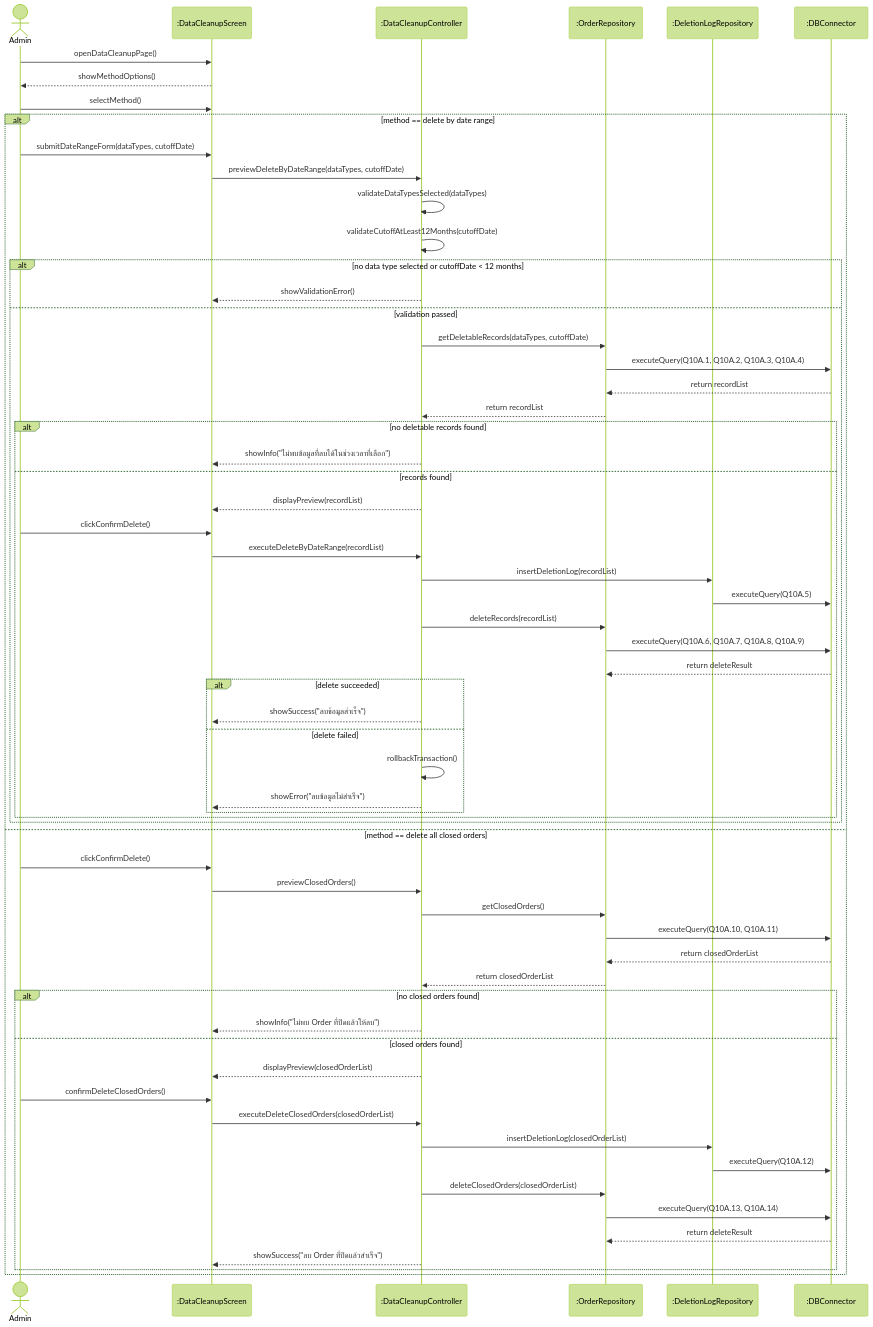
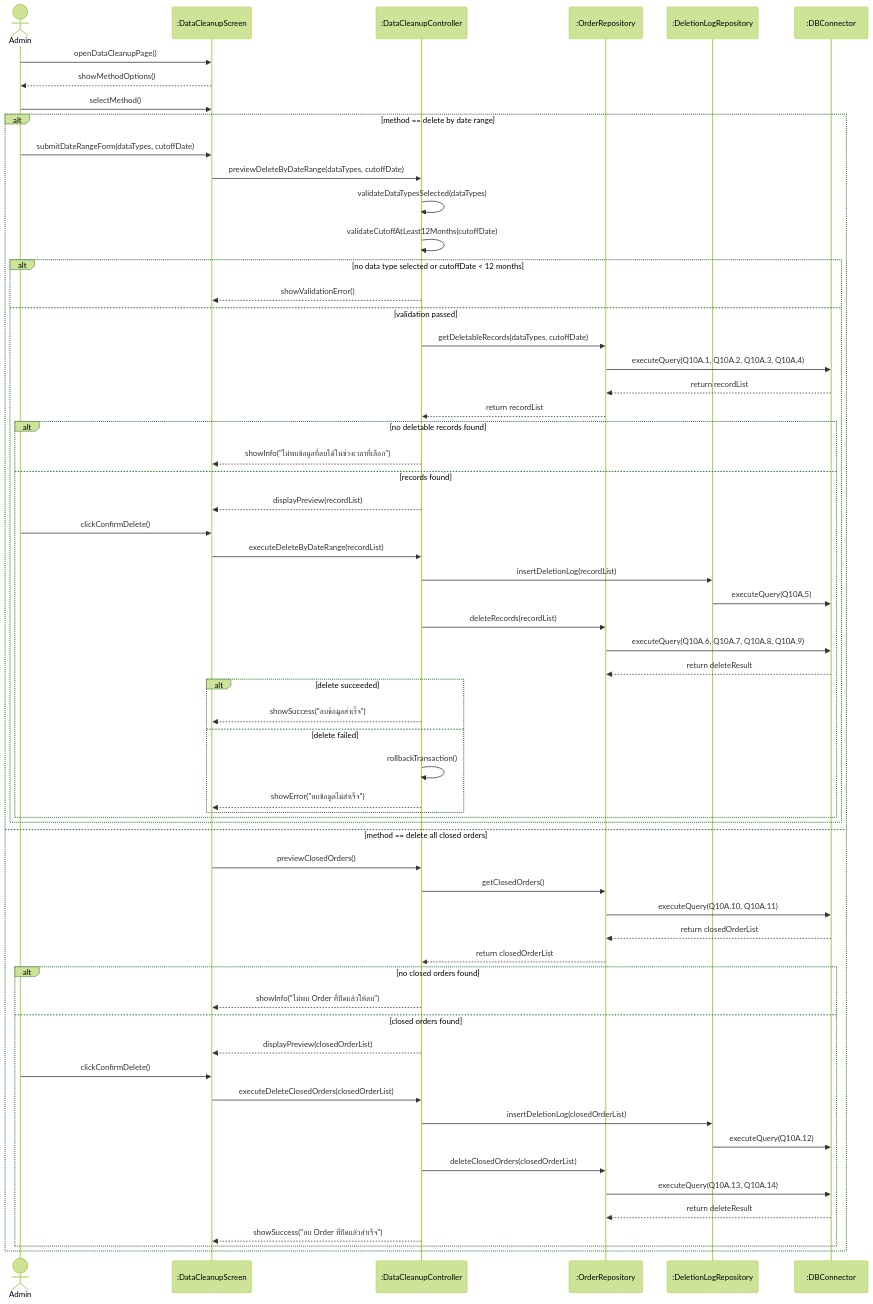
One commit to xbpkdi/321-sa-proj changed the diagram in 03-chapter2-use-case-descriptions/diagrams/mmd/10A-sequence.mmd. Above: the diagram before and after it, drawn with Mermaid (forest theme). The commit also changed 55 other files, not shown here.

Commit message:
docs: re-render sequence and collaboration diagrams at full size

```diff
--- a/03-chapter2-use-case-descriptions/diagrams/mmd/10A-sequence.mmd
+++ b/03-chapter2-use-case-descriptions/diagrams/mmd/10A-sequence.mmd
@@ -1,64 +1,63 @@
 sequenceDiagram
     actor Admin
     participant Screen as :DataCleanupScreen
     participant DCC as :DataCleanupController
     participant OrderRepo as :OrderRepository
     participant LogRepo as :DeletionLogRepository
     participant DB as :DBConnector
 
     Admin->>Screen: openDataCleanupPage()
     Screen-->>Admin: showMethodOptions()
     Admin->>Screen: selectMethod()
 
     alt method == delete by date range
         Admin->>Screen: submitDateRangeForm(dataTypes, cutoffDate)
         Screen->>DCC: previewDeleteByDateRange(dataTypes, cutoffDate)
         DCC->>DCC: validateDataTypesSelected(dataTypes)
         DCC->>DCC: validateCutoffAtLeast12Months(cutoffDate)
         alt no data type selected or cutoffDate < 12 months
             DCC-->>Screen: showValidationError()
         else validation passed
             DCC->>OrderRepo: getDeletableRecords(dataTypes, cutoffDate)
             OrderRepo->>DB: executeQuery(Q10A.1, Q10A.2, Q10A.3, Q10A.4)
             DB-->>OrderRepo: return recordList
             OrderRepo-->>DCC: return recordList
             alt no deletable records found
                 DCC-->>Screen: showInfo("ไม่พบข้อมูลที่ลบได้ในช่วงเวลาที่เลือก")
             else records found
                 DCC-->>Screen: displayPreview(recordList)
                 Admin->>Screen: clickConfirmDelete()
                 Screen->>DCC: executeDeleteByDateRange(recordList)
                 DCC->>LogRepo: insertDeletionLog(recordList)
                 LogRepo->>DB: executeQuery(Q10A.5)
                 DCC->>OrderRepo: deleteRecords(recordList)
                 OrderRepo->>DB: executeQuery(Q10A.6, Q10A.7, Q10A.8, Q10A.9)
                 DB-->>OrderRepo: return deleteResult
                 alt delete succeeded
                     DCC-->>Screen: showSuccess("ลบข้อมูลสำเร็จ")
                 else delete failed
                     DCC->>DCC: rollbackTransaction()
                     DCC-->>Screen: showError("ลบข้อมูลไม่สำเร็จ")
                 end
             end
         end
     else method == delete all closed orders
-        Admin->>Screen: clickConfirmDelete()
         Screen->>DCC: previewClosedOrders()
         DCC->>OrderRepo: getClosedOrders()
         OrderRepo->>DB: executeQuery(Q10A.10, Q10A.11)
         DB-->>OrderRepo: return closedOrderList
         OrderRepo-->>DCC: return closedOrderList
         alt no closed orders found
             DCC-->>Screen: showInfo("ไม่พบ Order ที่ปิดแล้วให้ลบ")
         else closed orders found
             DCC-->>Screen: displayPreview(closedOrderList)
-            Admin->>Screen: confirmDeleteClosedOrders()
+            Admin->>Screen: clickConfirmDelete()
             Screen->>DCC: executeDeleteClosedOrders(closedOrderList)
             DCC->>LogRepo: insertDeletionLog(closedOrderList)
             LogRepo->>DB: executeQuery(Q10A.12)
             DCC->>OrderRepo: deleteClosedOrders(closedOrderList)
             OrderRepo->>DB: executeQuery(Q10A.13, Q10A.14)
             DB-->>OrderRepo: return deleteResult
             DCC-->>Screen: showSuccess("ลบ Order ที่ปิดแล้วสำเร็จ")
         end
     end
```
